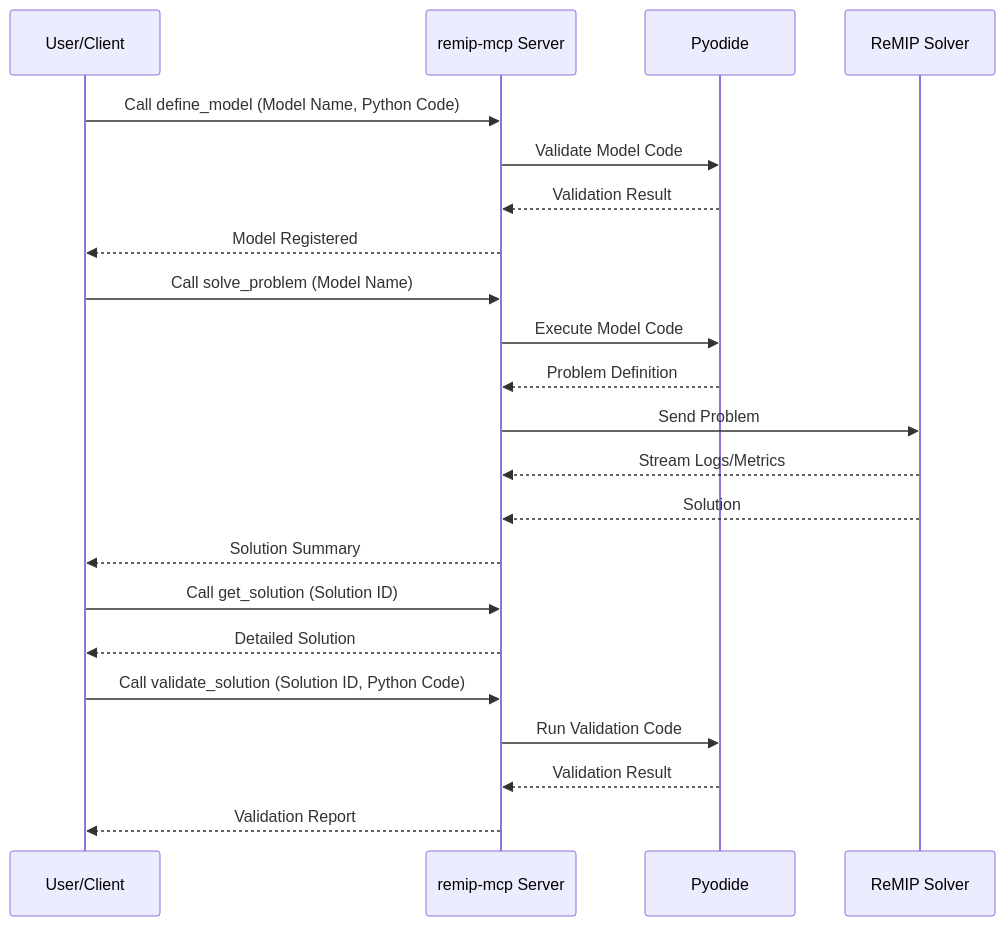
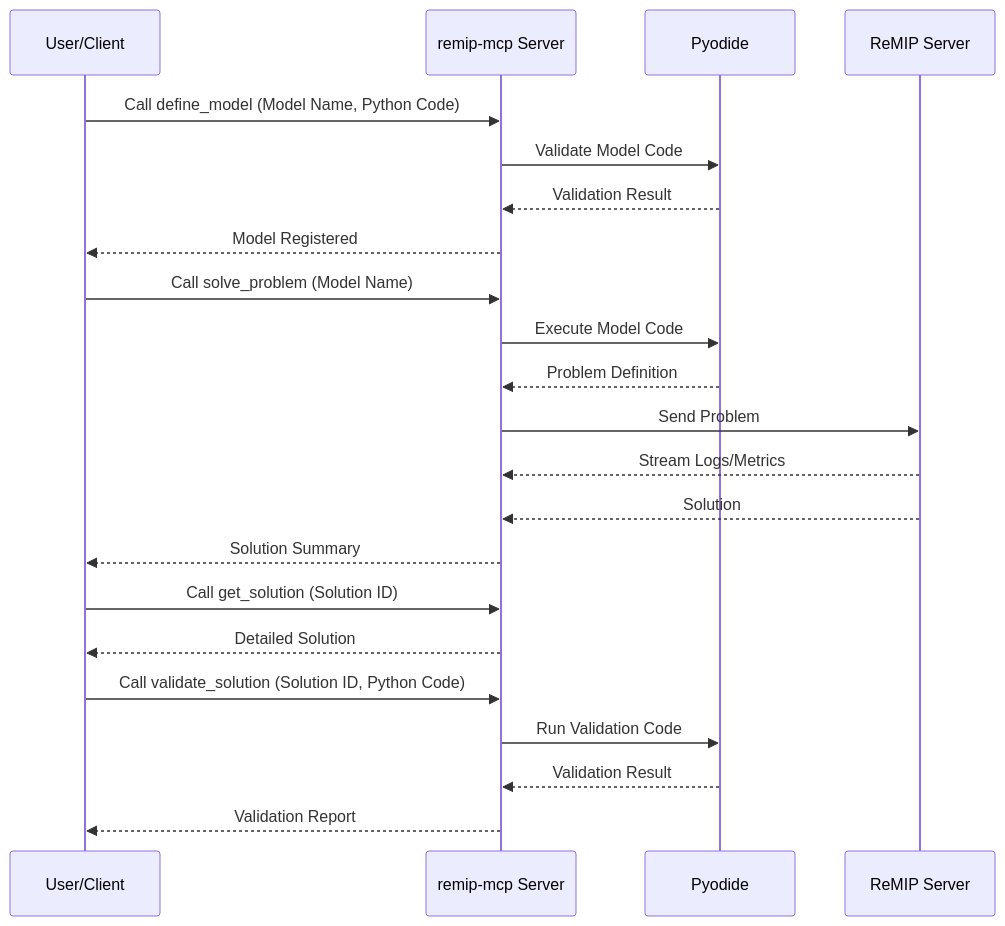
The diagram in README.md (ohtaman/remip-mcp), drawn with Mermaid before and after one commit. The commit also changed other lines of this file, not shown here.

````diff
--- a/README.md
+++ b/README.md
@@ -61,28 +86,28 @@
 ```mermaid
 sequenceDiagram
     participant User as User/Client
     participant Server as remip-mcp Server
     participant Pyodide as Pyodide
-    participant ReMIP as ReMIP Solver
+    participant ReMIP as ReMIP Server
 
     User->>Server: Call define_model (Model Name, Python Code)
     Server->>Pyodide: Validate Model Code
     Pyodide-->>Server: Validation Result
     Server-->>User: Model Registered
 
     User->>Server: Call solve_problem (Model Name)
     Server->>Pyodide: Execute Model Code
     Pyodide-->>Server: Problem Definition
     Server->>ReMIP: Send Problem
     ReMIP-->>Server: Stream Logs/Metrics
     ReMIP-->>Server: Solution
     Server-->>User: Solution Summary
 
     User->>Server: Call get_solution (Solution ID)
     Server-->>User: Detailed Solution
 
     User->>Server: Call validate_solution (Solution ID, Python Code)
     Server->>Pyodide: Run Validation Code
     Pyodide-->>Server: Validation Result
     Server-->>User: Validation Report
 ```
````
